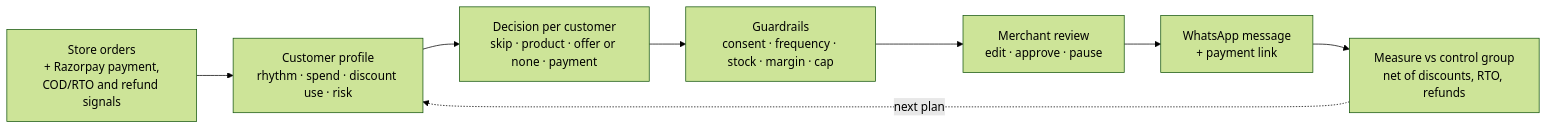
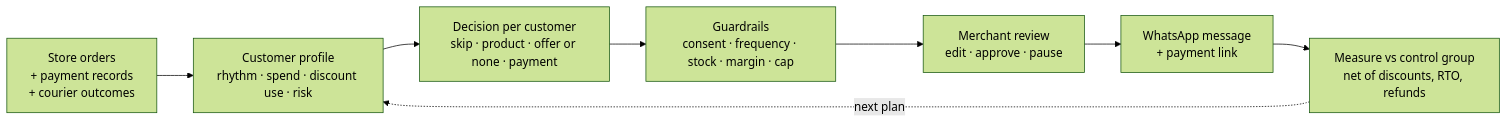
One commit to akshatj28/razorpay-retention-agent changed the first of 4 diagrams in README.md. Above: the diagram before and after it, drawn with Mermaid (forest theme). The commit also changed other lines of this file and 7 other files, not shown here.

````diff
--- a/README.md
+++ b/README.md
@@ -24,10 +32,10 @@
 ```mermaid
 flowchart LR
-    A["Store orders<br/>+ Razorpay payment,<br/>COD/RTO and refund signals"] --> B["Customer profile<br/>rhythm · spend · discount use · risk"]
+    A["Store orders<br/>+ payment records<br/>+ courier outcomes"] --> B["Customer profile<br/>rhythm · spend · discount use · risk"]
     B --> C["Decision per customer<br/>skip · product · offer or none · payment"]
     C --> D["Guardrails<br/>consent · frequency · stock · margin · cap"]
     D --> E["Merchant review<br/>edit · approve · pause"]
     E --> F["WhatsApp message<br/>+ payment link"]
     F --> G["Measure vs control group<br/>net of discounts, RTO, refunds"]
     G -. "next plan" .-> B
 ```
````
